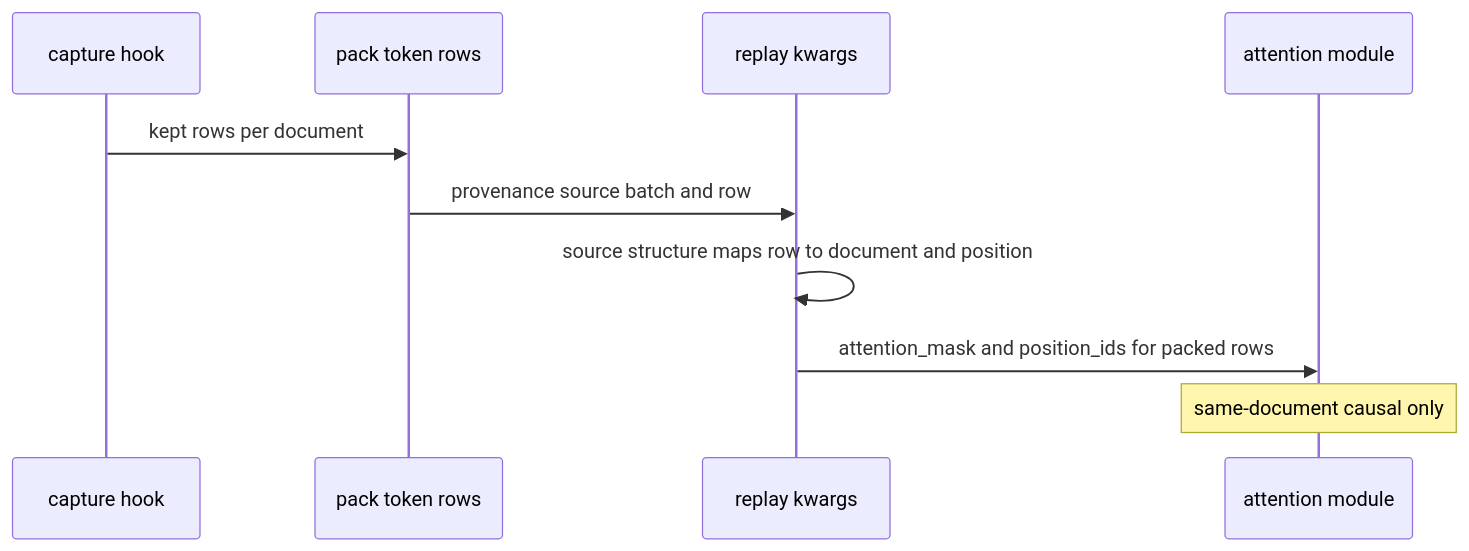
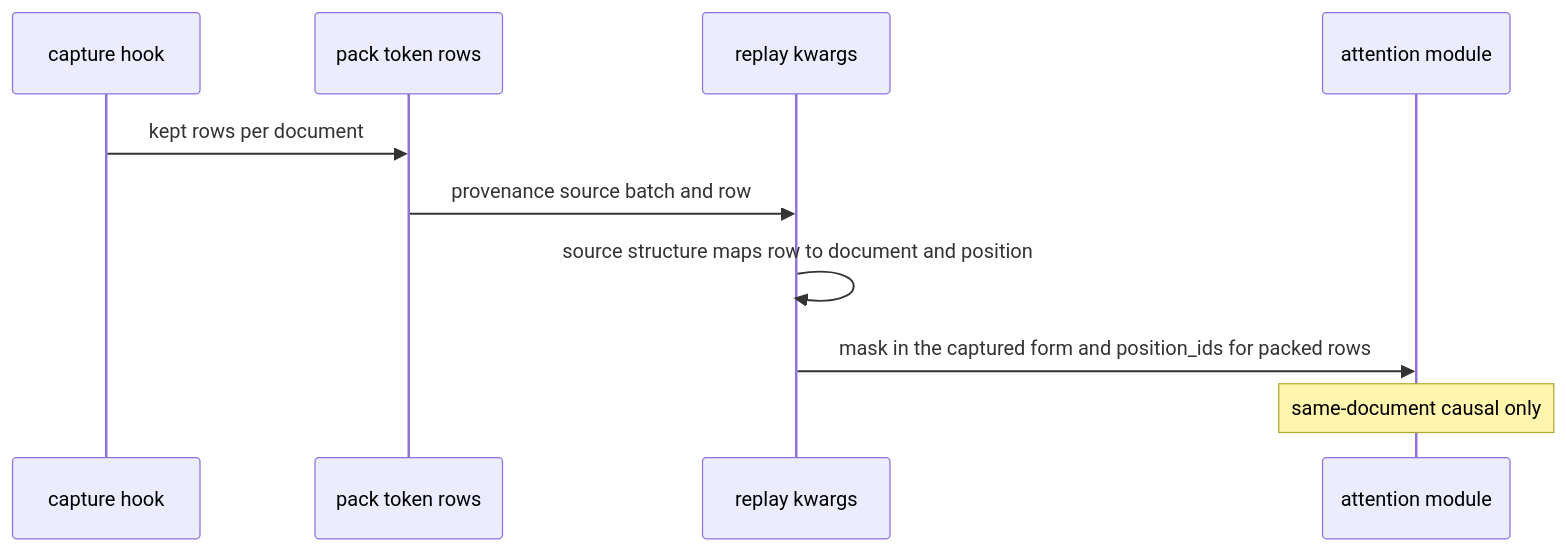
The fourth of 4 diagrams in docs/awq-calibration-aggregation.md (ModelCloud/GPTQModel), drawn with Mermaid before and after one commit. The commit also changed other lines of this file and 10 other files, not shown here.

First line of the commit message:
fix(awq): preserve the captured mask form and fallback precedence (#4121)

````diff
--- a/docs/awq-calibration-aggregation.md
+++ b/docs/awq-calibration-aggregation.md
@@ -126,12 +164,12 @@
 ```mermaid
 sequenceDiagram
     participant Hook as capture hook
     participant Pack as pack token rows
     participant Kw as replay kwargs
     participant Attn as attention module
     Hook->>Pack: kept rows per document
     Pack->>Kw: provenance source batch and row
     Kw->>Kw: source structure maps row to document and position
-    Kw->>Attn: attention_mask and position_ids for packed rows
+    Kw->>Attn: mask in the captured form and position_ids for packed rows
     Note over Attn: same-document causal only
 ```
````
